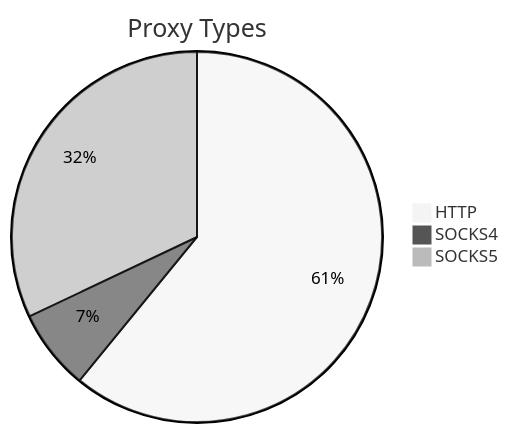
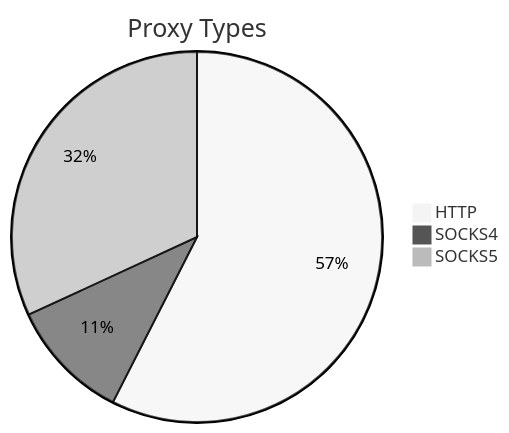
One commit to stormsia/proxy-list changed the first of 2 diagrams in README.md. Above: the diagram before and after it, drawn with Mermaid (neutral theme). The commit also changed other lines of this file, not shown here.

````diff
--- a/README.md
+++ b/README.md
@@ -21,6 +21,6 @@
 ```mermaid
 pie title Proxy Types
-    "HTTP" : 173
-    "SOCKS4" : 20
-    "SOCKS5" : 91
+    "HTTP" : 211
+    "SOCKS4" : 39
+    "SOCKS5" : 117
 ```
````
